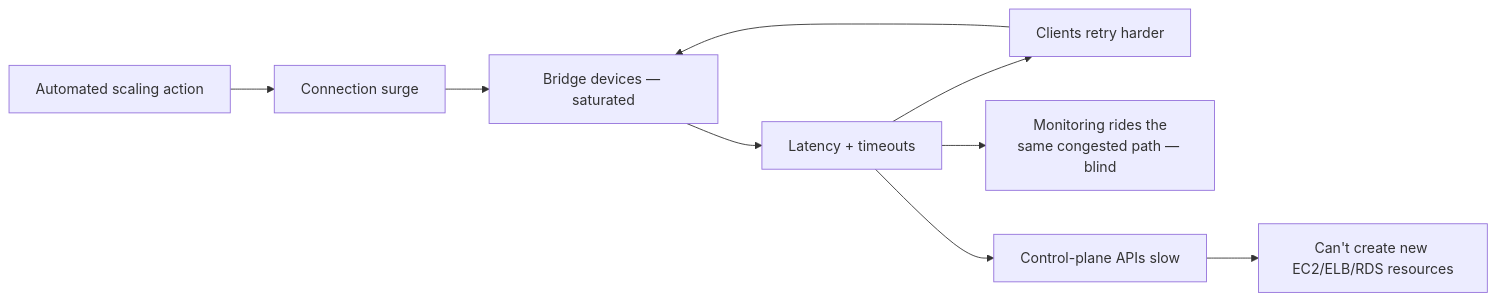
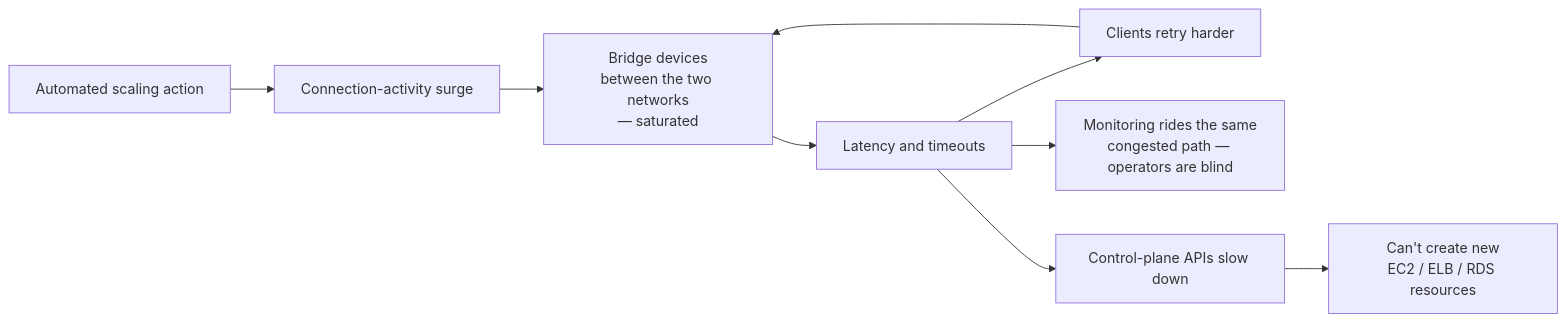
One commit to riyaz-pasha/Learnings changed the fifth of 11 diagrams in system-design/HLD/0-course/39-Spectacular-Failures-FAANG-Guide-story.md. Above: the diagram before and after it, drawn with Mermaid. The commit also changed other lines of this file and 1 other file, not shown here.

Commit message:
[REWRITE] Spectacular Failures story guide: simplify prose, add structure, fix diagrams

````diff
--- a/system-design/HLD/0-course/39-Spectacular-Failures-FAANG-Guide-story.md
+++ b/system-design/HLD/0-course/39-Spectacular-Failures-FAANG-Guide-story.md
@@ -199,11 +266,11 @@
 ```mermaid
 flowchart LR
-    Scale[Automated scaling action] --> Storm[Connection surge]
-    Storm --> Bridge[Bridge devices — saturated]
-    Bridge --> Lat[Latency + timeouts]
-    Lat --> Retry[Clients retry harder]
+    Scale["Automated scaling action"] --> Storm["Connection-activity surge"]
+    Storm --> Bridge["Bridge devices<br/>between the two networks<br/>— saturated"]
+    Bridge --> Lat["Latency and timeouts"]
+    Lat --> Retry["Clients retry harder"]
     Retry --> Bridge
-    Lat --> Mon[Monitoring rides the<br/>same congested path — blind]
-    Lat --> CP[Control-plane APIs slow]
-    CP --> New[Can't create new EC2/ELB/RDS resources]
+    Lat --> Mon["Monitoring rides the same<br/>congested path — operators are blind"]
+    Lat --> CP["Control-plane APIs slow down"]
+    CP --> New["Can't create new<br/>EC2 / ELB / RDS resources"]
 ```
````
